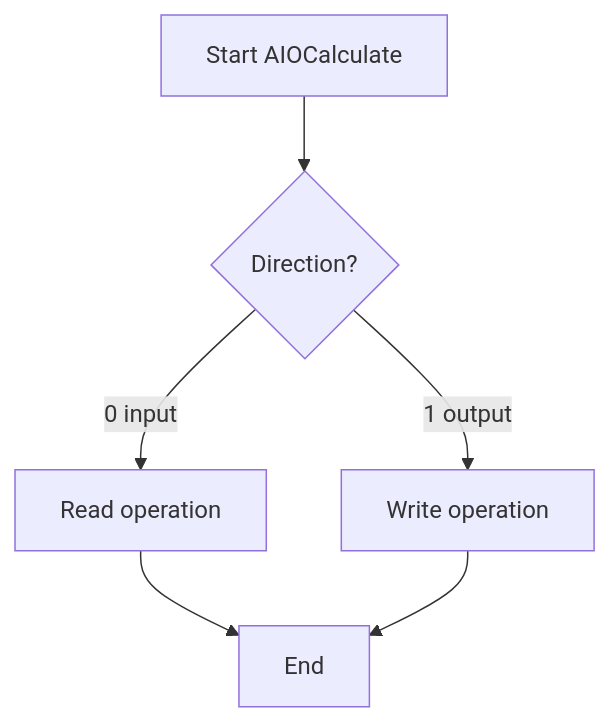
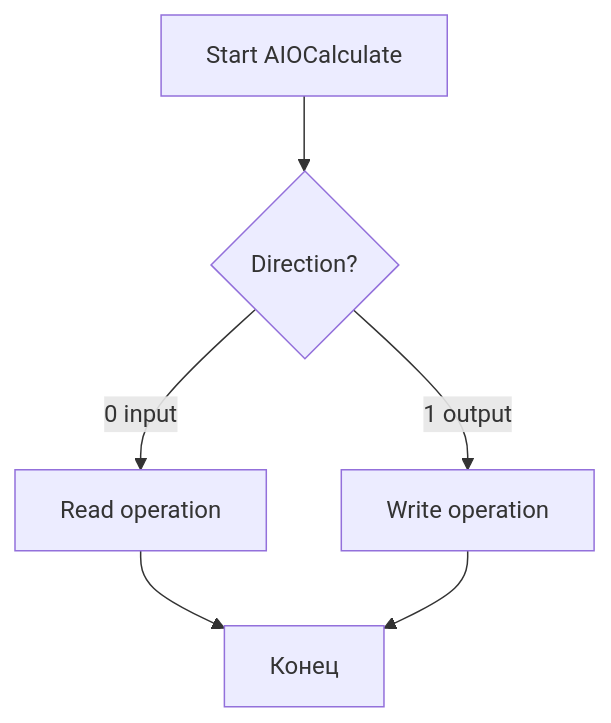
One commit to aicommunity/Rdk-BasicLib changed the fourth of 5 diagrams in Docs/Components/UIO.md. Above: the diagram before and after it, drawn with Mermaid. The commit also changed other lines of this file and 9 other files, not shown here.

````diff
--- a/Docs/Components/UIO.md
+++ b/Docs/Components/UIO.md
@@ -74,8 +75,8 @@
 ```mermaid
 flowchart TD
     start[Start AIOCalculate] --> checkDirection{Direction?}
     checkDirection -->|0 input| readOp[Read operation]
     checkDirection -->|1 output| writeOp[Write operation]
-    readOp --> endNode[End]
+    readOp --> endNode[Конец]
     writeOp --> endNode
 ```
````
